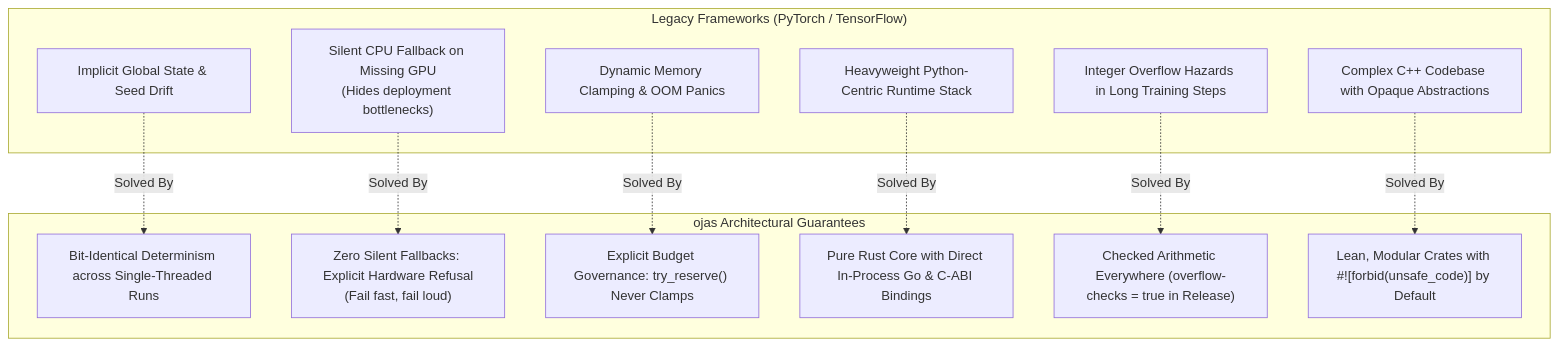
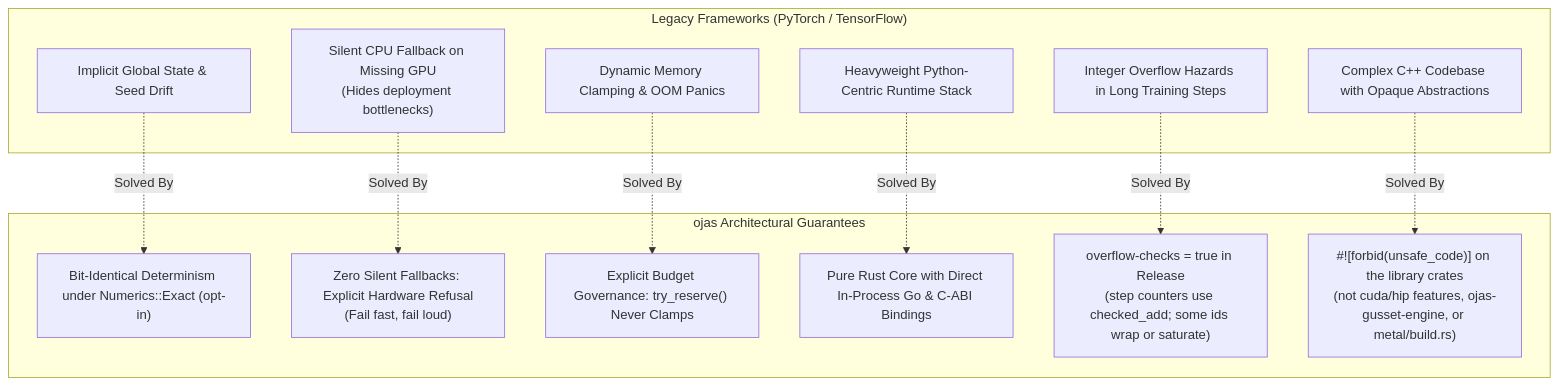
One commit to bharathvbcr/ojas changed the first of 8 diagrams in README.md. Above: the diagram before and after it, drawn with Mermaid. The commit also changed other lines of this file and 341 other files, not shown here.

````diff
--- a/README.md
+++ b/README.md
@@ -22,27 +44,27 @@
 ```mermaid
 flowchart TD
     subgraph PyTorchTF["Legacy Frameworks (PyTorch / TensorFlow)"]
         L1["Implicit Global State & Seed Drift"]
         L2["Silent CPU Fallback on Missing GPU\n(Hides deployment bottlenecks)"]
         L3["Dynamic Memory Clamping & OOM Panics"]
         L4["Heavyweight Python-Centric Runtime Stack"]
         L5["Integer Overflow Hazards in Long Training Steps"]
         L6["Complex C++ Codebase with Opaque Abstractions"]
     end
 
     subgraph ojasPrinciples["ojas Architectural Guarantees"]
-        O1["Bit-Identical Determinism across Single-Threaded Runs"]
+        O1["Bit-Identical Determinism under Numerics::Exact (opt-in)"]
         O2["Zero Silent Fallbacks: Explicit Hardware Refusal\n(Fail fast, fail loud)"]
         O3["Explicit Budget Governance: try_reserve() Never Clamps"]
         O4["Pure Rust Core with Direct In-Process Go & C-ABI Bindings"]
-        O5["Checked Arithmetic Everywhere (overflow-checks = true in Release)"]
-        O6["Lean, Modular Crates with #![forbid(unsafe_code)] by Default"]
+        O5["overflow-checks = true in Release\n(step counters use checked_add; some ids wrap or saturate)"]
+        O6["#![forbid(unsafe_code)] on the library crates\n(not cuda/hip features, ojas-gusset-engine, or metal/build.rs)"]
     end
 
     L1 -.->|Solved By| O1
     L2 -.->|Solved By| O2
     L3 -.->|Solved By| O3
     L4 -.->|Solved By| O4
     L5 -.->|Solved By| O5
     L6 -.->|Solved By| O6
 ```
````
